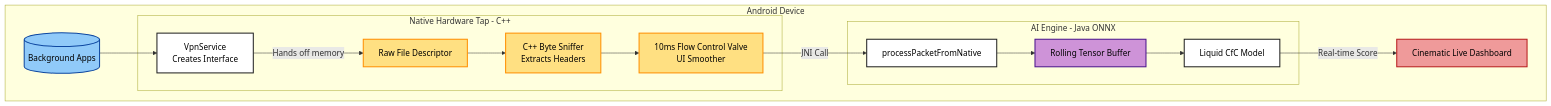
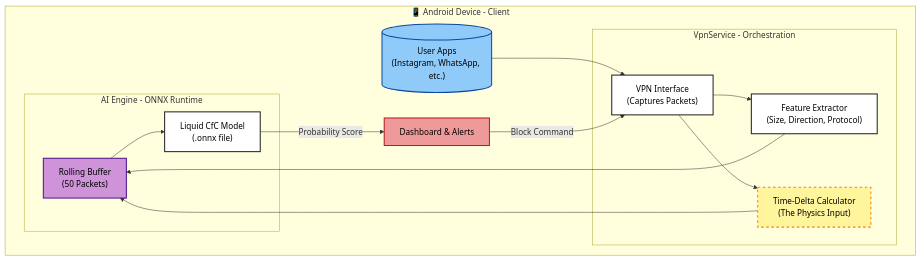
The second of 2 diagrams in README.md (Liquid-Defence/Liquid_Defence_Model), drawn with Mermaid before and after one commit. The commit also changed 2 other files, not shown here.

Commit message:
Updated the Pipeline

````diff
--- a/README.md
+++ b/README.md
@@ -114,39 +114,37 @@
 ```mermaid
 graph TD
-    %% --- Styles ---
+    %% --- Styles (Bold Colors) ---
     classDef input fill:#90CAF9,stroke:#0D47A1,stroke-width:2px,color:#000;
     classDef process fill:#FFFFFF,stroke:#212121,stroke-width:2px,color:#000;
-    classDef native fill:#FFE082,stroke:#FF8F00,stroke-width:2px,color:#000;
+    classDef decision fill:#FFF59D,stroke:#F57F17,stroke-width:2px,stroke-dasharray: 5 5,color:#000;
     classDef storage fill:#CE93D8,stroke:#4A148C,stroke-width:2px,color:#000;
     classDef output fill:#EF9A9A,stroke:#B71C1C,stroke-width:2px,color:#000;
 
     %% --- SYSTEM FLOW ---
-    subgraph Client ["Android Device"]
-        UserApp[("Background Apps")]:::input
+    subgraph Client ["📱 Android Device - Client"]
+        UserApp[("User Apps\n(Instagram, WhatsApp, etc.)")]:::input
 
-        subgraph Interceptor ["Native Hardware Tap - C++"]
-            VPN["VpnService\nCreates Interface"]:::process
-            FD["Raw File Descriptor"]:::native
-            Sniffer["C++ Byte Sniffer\nExtracts Headers"]:::native
-            Valve["10ms Flow Control Valve\nUI Smoother"]:::native
+        subgraph Interceptor ["VpnService - Orchestration"]
+            VPN["VPN Interface\n(Captures Packets)"]:::process
+            Extractor["Feature Extractor\n(Size, Direction, Protocol)"]:::process
+            Clock["Time-Delta Calculator\n(The Physics Input)"]:::decision
         end
 
-        subgraph Brain ["AI Engine - Java ONNX"]
-            JNI_Bridge["processPacketFromNative"]:::process
-            Buffer["Rolling Tensor Buffer"]:::storage
-            LiquidModel["Liquid CfC Model"]:::process
+        subgraph Brain ["AI Engine - ONNX Runtime"]
+            Buffer["Rolling Buffer\n(50 Packets)"]:::storage
+            LiquidModel["Liquid CfC Model\n(.onnx file)"]:::process
         end
 
-        UI["Cinematic Live Dashboard"]:::output
+        UI["Dashboard & Alerts"]:::output
     end
 
     %% --- CONNECTIONS ---
     UserApp --> VPN
-    VPN -- "Hands off memory" --> FD
-    FD --> Sniffer
-    Sniffer --> Valve
-    Valve -- "JNI Call" --> JNI_Bridge
-    JNI_Bridge --> Buffer
+    VPN --> Extractor
+    VPN --> Clock
+    Extractor --> Buffer
+    Clock --> Buffer
     Buffer --> LiquidModel
-    LiquidModel -- "Real-time Score" --> UI
+    LiquidModel -- "Probability Score" --> UI
+    UI -- "Block Command" --> VPN
 ```
````
